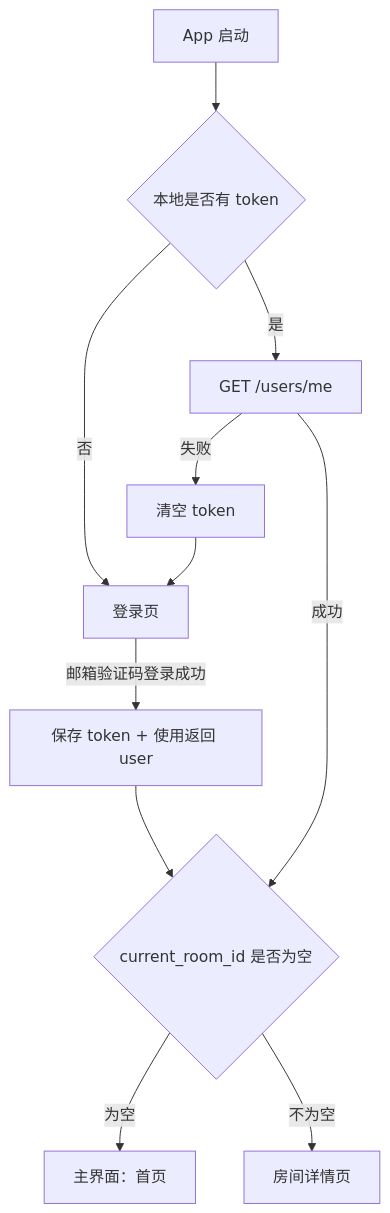
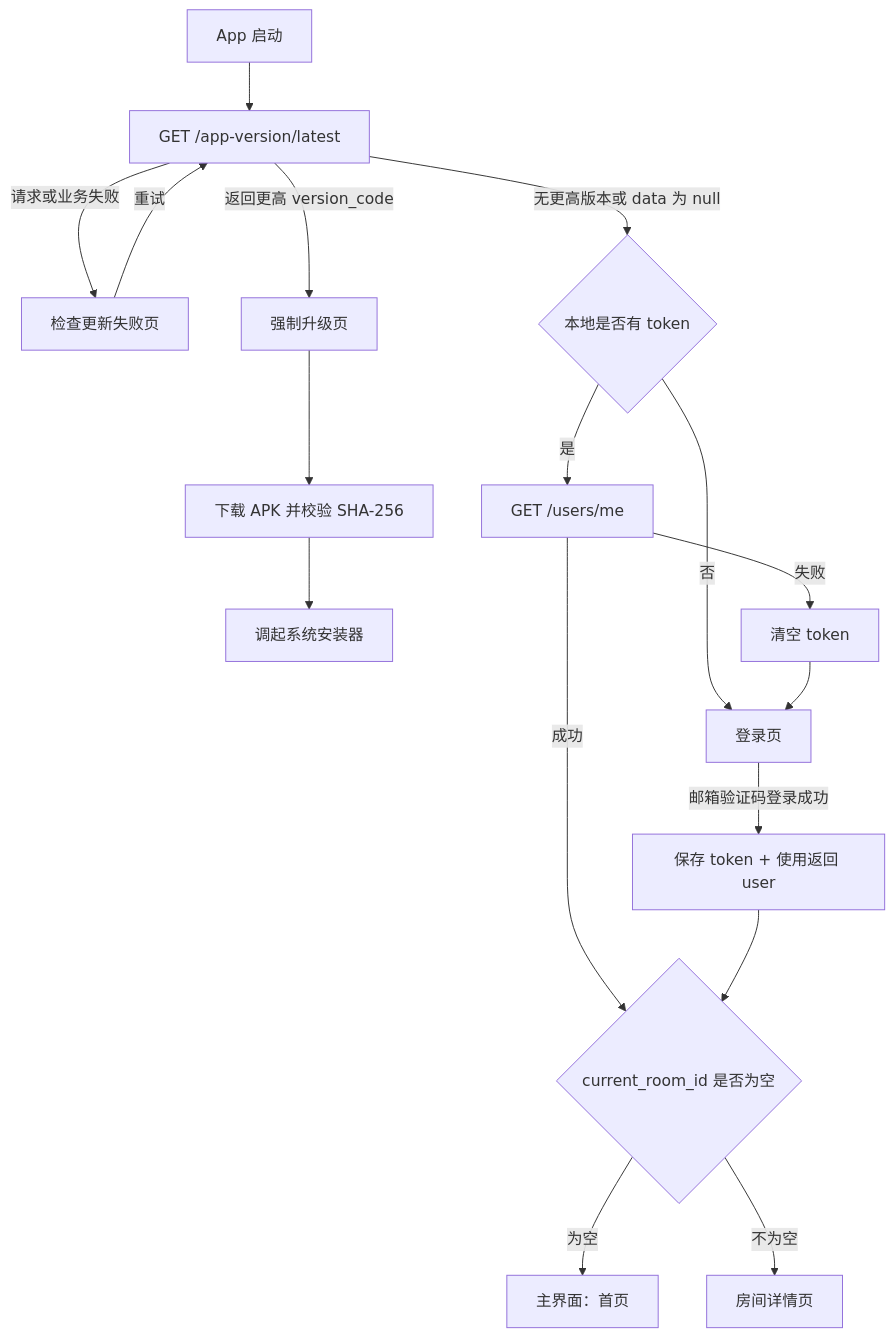
One commit to DancingCodes/room-app changed the first of 8 diagrams in docs/客户端逻辑设计.md. Above: the diagram before and after it, drawn with Mermaid. The commit also changed other lines of this file and 4 other files, not shown here.

````diff
--- a/docs/客户端逻辑设计.md
+++ b/docs/客户端逻辑设计.md
@@ -5,14 +5,20 @@
 ```mermaid
 flowchart TD
-    A[App 启动] --> B{本地是否有 token}
-    B -- 否 --> C[登录页]
-    B -- 是 --> D[GET /users/me]
-    D -- 失败 --> E[清空 token]
-    E --> C
-    D -- 成功 --> F{current_room_id 是否为空}
-    F -- 为空 --> G[主界面：首页]
-    F -- 不为空 --> H[房间详情页]
+    A[App 启动] --> B[GET /app-version/latest]
+    B -- 请求或业务失败 --> C[检查更新失败页]
+    C -- 重试 --> B
+    B -- 返回更高 version_code --> D[强制升级页]
+    D --> E[下载 APK 并校验 SHA-256]
+    E --> F[调起系统安装器]
+    B -- 无更高版本或 data 为 null --> G{本地是否有 token}
+    G -- 否 --> H[登录页]
+    G -- 是 --> I[GET /users/me]
+    I -- 失败 --> J[清空 token]
+    J --> H
+    I -- 成功 --> K{current_room_id 是否为空}
+    K -- 为空 --> L[主界面：首页]
+    K -- 不为空 --> M[房间详情页]
 
-    C -- 邮箱验证码登录成功 --> K[保存 token + 使用返回 user]
-    K --> F
+    H -- 邮箱验证码登录成功 --> N[保存 token + 使用返回 user]
+    N --> K
 ```
````
